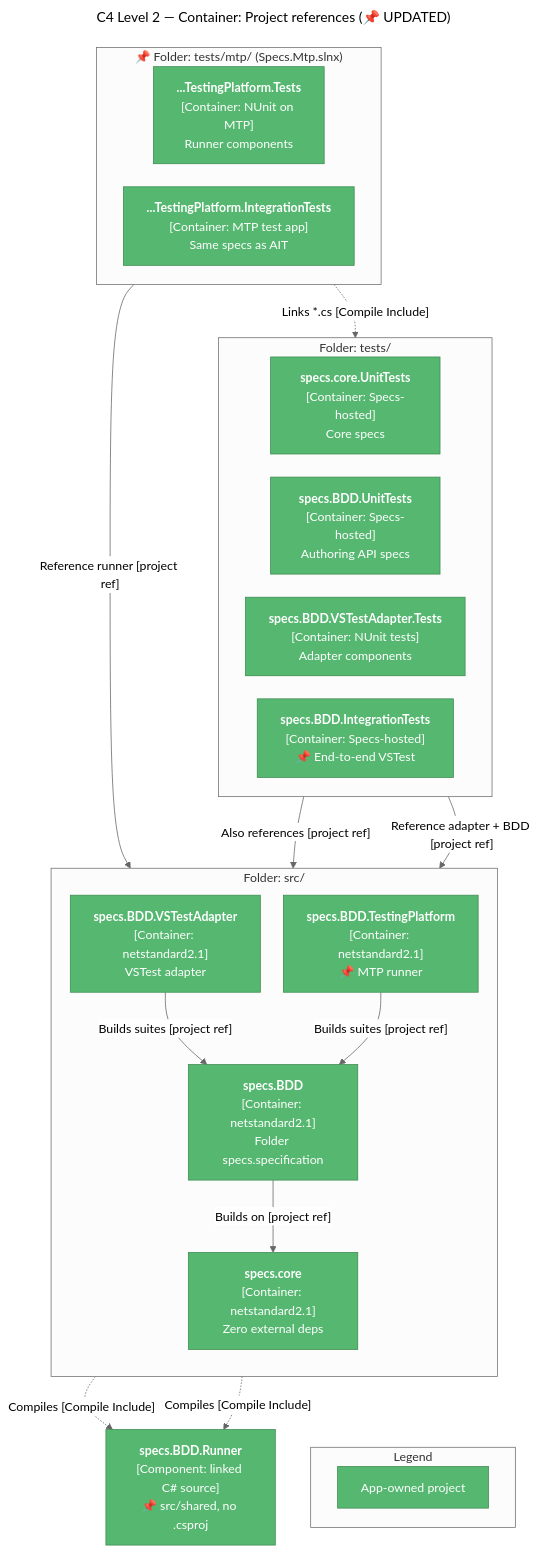
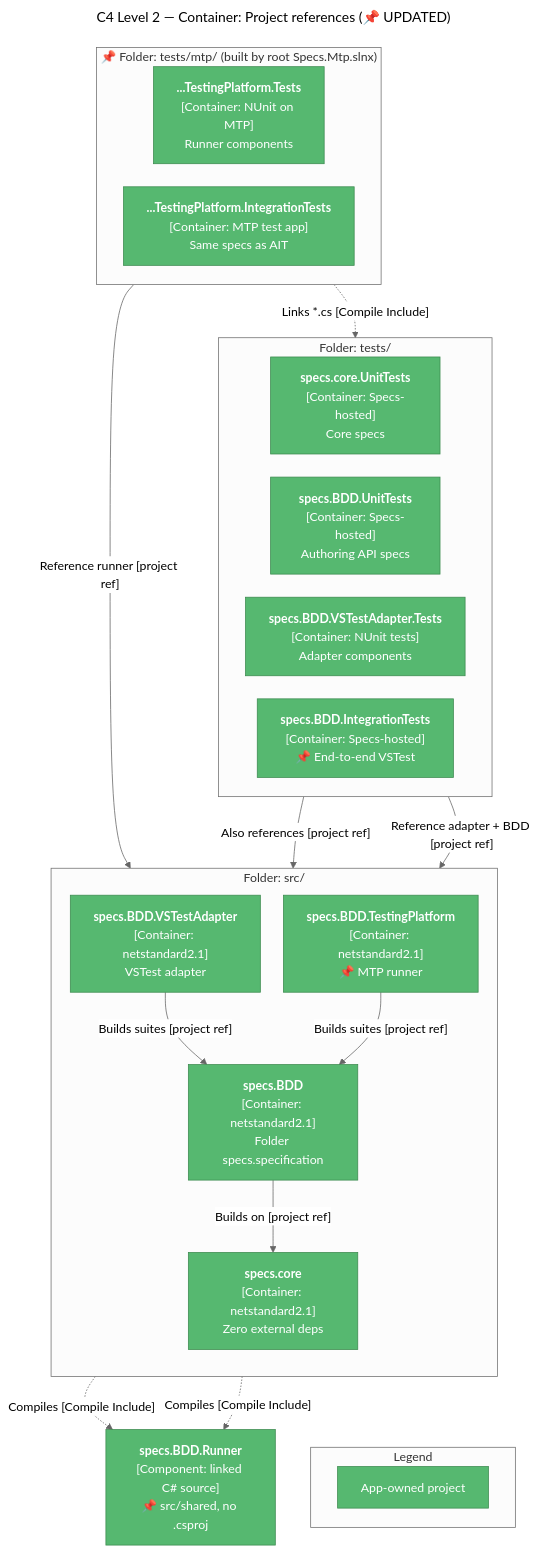
Before and after one commit to yozepi/Specs: the second of 3 diagrams in memory-bank/techContext.md, drawn with Mermaid. The commit also changed other lines of this file and 97 other files, not shown here.

````diff
--- a/memory-bank/techContext.md
+++ b/memory-bank/techContext.md
@@ -72,49 +72,49 @@
 ```mermaid
 ---
 title: "C4 Level 2 — Container: Project references (📌 UPDATED)"
 ---
 %%{init: {'theme': 'neutral', 'flowchart': {'nodeSpacing': 30, 'rankSpacing': 45, 'wrappingWidth': 160}}}%%
 flowchart TD
     subgraph TESTS["Folder: tests/"]
         direction LR
         CUT["<b>specs.core.UnitTests</b><br/>[Container: Specs-hosted]<br/>Core specs"]:::app
         BUT["<b>specs.BDD.UnitTests</b><br/>[Container: Specs-hosted]<br/>Authoring API specs"]:::app
         AUT["<b>specs.BDD.VSTestAdapter.Tests</b><br/>[Container: NUnit tests]<br/>Adapter components"]:::app
         AIT["<b>specs.BDD.IntegrationTests</b><br/>[Container: Specs-hosted]<br/>📌 End-to-end VSTest"]:::app
     end
 
-    subgraph MTPT["📌 Folder: tests/mtp/ (Specs.Mtp.slnx)"]
+    subgraph MTPT["📌 Folder: tests/mtp/ (built by root Specs.Mtp.slnx)"]
         direction LR
         TPT["<b>...TestingPlatform.Tests</b><br/>[Container: NUnit on MTP]<br/>Runner components"]:::app
         TPI["<b>...TestingPlatform.IntegrationTests</b><br/>[Container: MTP test app]<br/>Same specs as AIT"]:::app
     end
 
     subgraph SRC["Folder: src/"]
         direction TB
         ADP["<b>specs.BDD.VSTestAdapter</b><br/>[Container: netstandard2.1]<br/>VSTest adapter"]:::app
         TP["<b>specs.BDD.TestingPlatform</b><br/>[Container: netstandard2.1]<br/>📌 MTP runner"]:::app
         BDD["<b>specs.BDD</b><br/>[Container: netstandard2.1]<br/>Folder specs.specification"]:::app
         CORE["<b>specs.core</b><br/>[Container: netstandard2.1]<br/>Zero external deps"]:::app
     end
 
     SHR["<b>specs.BDD.Runner</b><br/>[Component: linked C# source]<br/>📌 src/shared, no .csproj"]:::app
 
     TESTS -->|"Reference adapter + BDD [project ref]"| ADP
     MTPT -->|"Reference runner [project ref]"| TP
     TPI -.->|"Links *.cs [Compile Include]"| AIT
     ADP -.->|"Compiles [Compile Include]"| SHR
     TP -.->|"Compiles [Compile Include]"| SHR
     ADP -->|"Builds suites [project ref]"| BDD
     TP -->|"Builds suites [project ref]"| BDD
     BDD -->|"Builds on [project ref]"| CORE
     CUT -->|"Also references [project ref]"| CORE
 
     subgraph LEGEND["Legend"]
         direction LR
         L1["App-owned project"]:::app
     end
 
     CORE ~~~ LEGEND
 
     classDef app fill:#56B870,stroke:#3D8B50,color:#fff
 ```
````
